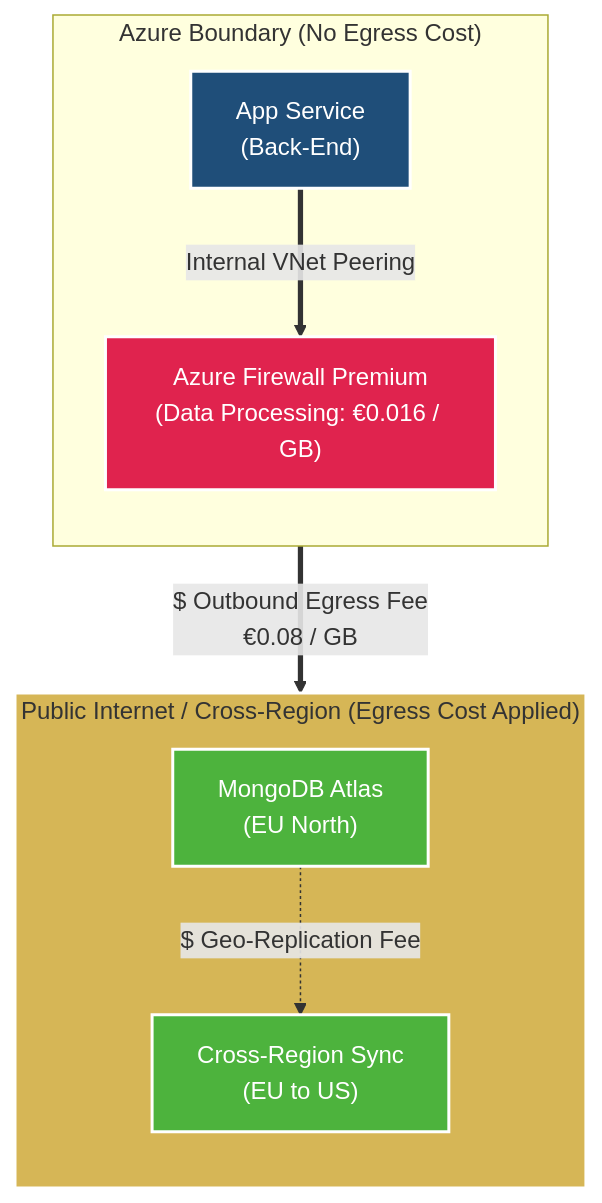
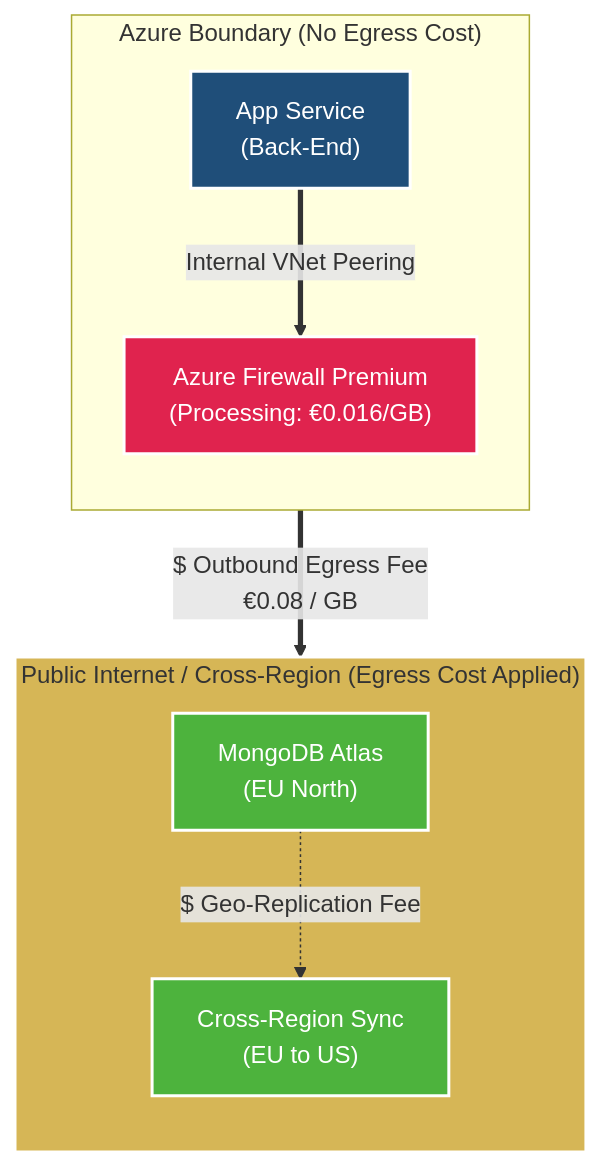
One commit to nubenetes/terraform-azure-devops-agentic changed the sixth of 9 diagrams in docs/821-FINOPS_ARCH_ANALYSIS.md. Above: the diagram before and after it, drawn with Mermaid. The commit also changed other lines of this file and 23 other files, not shown here.

Commit message:
docs: establish automated Mermaid validator and eliminate text clipping repo-wide

````diff
--- a/docs/821-FINOPS_ARCH_ANALYSIS.md
+++ b/docs/821-FINOPS_ARCH_ANALYSIS.md
@@ -212,24 +212,24 @@
 ```mermaid
 graph TD
     classDef compute fill:#1f4e79,stroke:#fff,stroke-width:2px,color:#fff
     classDef security fill:#e0234e,stroke:#fff,stroke-width:2px,color:#fff
     classDef egress fill:#d6b656,stroke:#fff,stroke-width:2px,color:#333
     classDef db fill:#4db33d,stroke:#fff,stroke-width:2px,color:#fff
     subgraph Internal_Network ["Azure Boundary (No Egress Cost)"]
         direction TB
         APP["App Service<br/>(Back-End)"]
-        FW["Azure Firewall Premium<br/>(Data Processing: €0.016 / GB)"]
+        FW["Azure Firewall Premium<br/>(Processing: €0.016/GB)"]
     end
     subgraph External_Network ["Public Internet / Cross-Region (Egress Cost Applied)"]
         direction TB
         ATLAS["MongoDB Atlas<br/>(EU North)"]
         US_SYNC["Cross-Region Sync<br/>(EU to US)"]
     end
     APP ==>|"Internal VNet Peering"| FW
     FW ==>|"$ Outbound Egress Fee<br/>€0.08 / GB"| ATLAS
     ATLAS -.->|"$ Geo-Replication Fee"| US_SYNC
     class APP compute
     class FW security
     class ATLAS,US_SYNC db
     class External_Network egress
 ```
````
